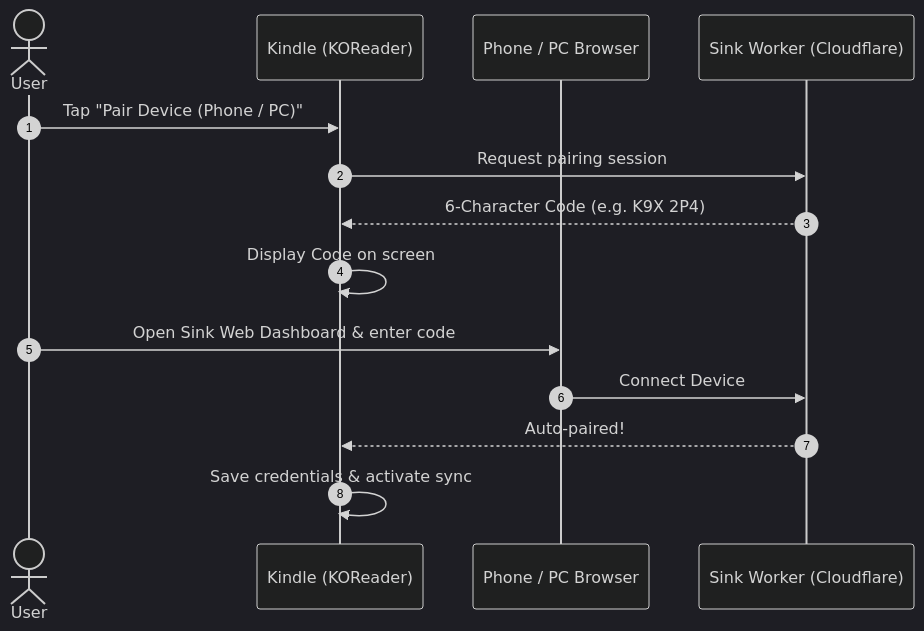
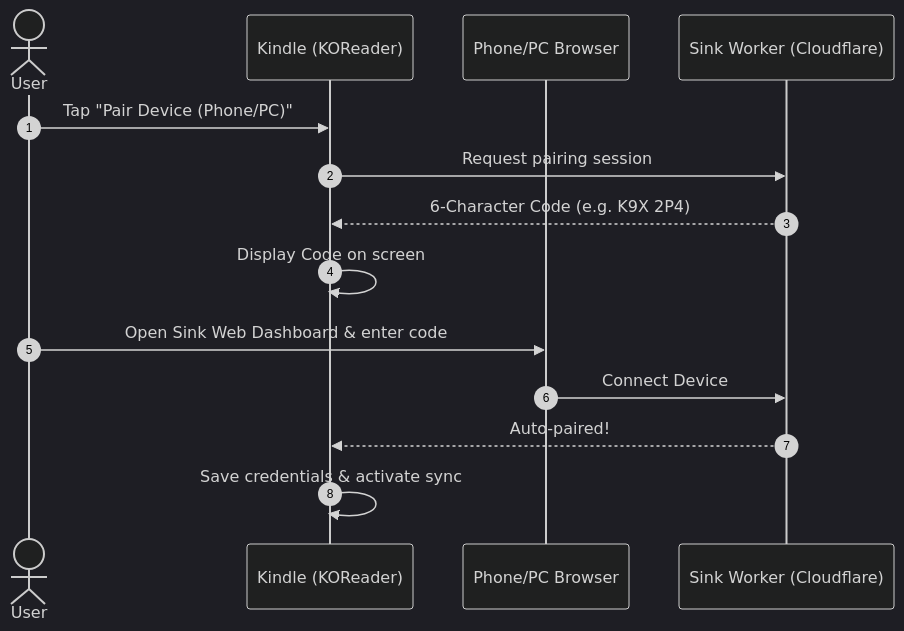
Before and after one commit to ultimatejimmy/sink: the diagram in README.md, drawn with Mermaid (dark theme). The commit also changed other lines of this file and 30 other files, not shown here.

````diff
--- a/README.md
+++ b/README.md
@@ -13,17 +13,17 @@
 ```mermaid
 sequenceDiagram
     autonumber
     actor User
     participant Kindle as Kindle (KOReader)
-    participant Phone as Phone / PC Browser
+    participant Phone as Phone/PC Browser
     participant Server as Sink Worker (Cloudflare)
 
-    User->>Kindle: Tap "Pair Device (Phone / PC)"
+    User->>Kindle: Tap "Pair Device (Phone/PC)"
     Kindle->>Server: Request pairing session
     Server-->>Kindle: 6-Character Code (e.g. K9X 2P4)
     Kindle->>Kindle: Display Code on screen
     User->>Phone: Open Sink Web Dashboard & enter code
     Phone->>Server: Connect Device
     Server-->>Kindle: Auto-paired!
     Kindle->>Kindle: Save credentials & activate sync
 ```
````
